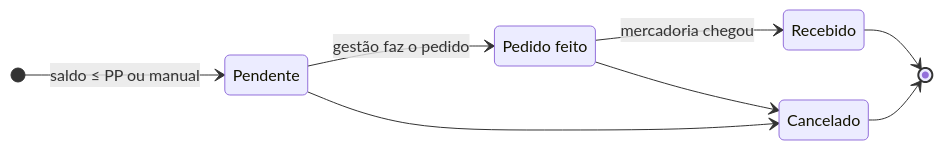
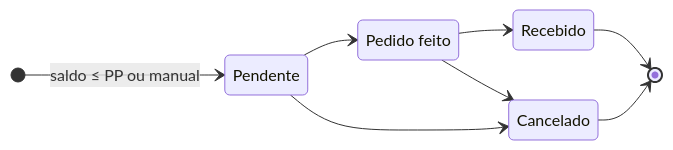
One commit to tassiocarvalho/vl-estoque changed diagram 11 of 11 in README.md. Above: the diagram before and after it, drawn with Mermaid. The commit also changed other lines of this file and 109 other files, not shown here.

````diff
--- a/README.md
+++ b/README.md
@@ -564,12 +586,12 @@
 ```mermaid
 stateDiagram-v2
     direction LR
     state "Pedido feito" as PedidoFeito
     [*] --> Pendente: saldo ≤ PP ou manual
-    Pendente --> PedidoFeito: gestão faz o pedido
+    Pendente --> PedidoFeito
     Pendente --> Cancelado
-    PedidoFeito --> Recebido: mercadoria chegou
+    PedidoFeito --> Recebido
     PedidoFeito --> Cancelado
     Recebido --> [*]
     Cancelado --> [*]
 ```
````
